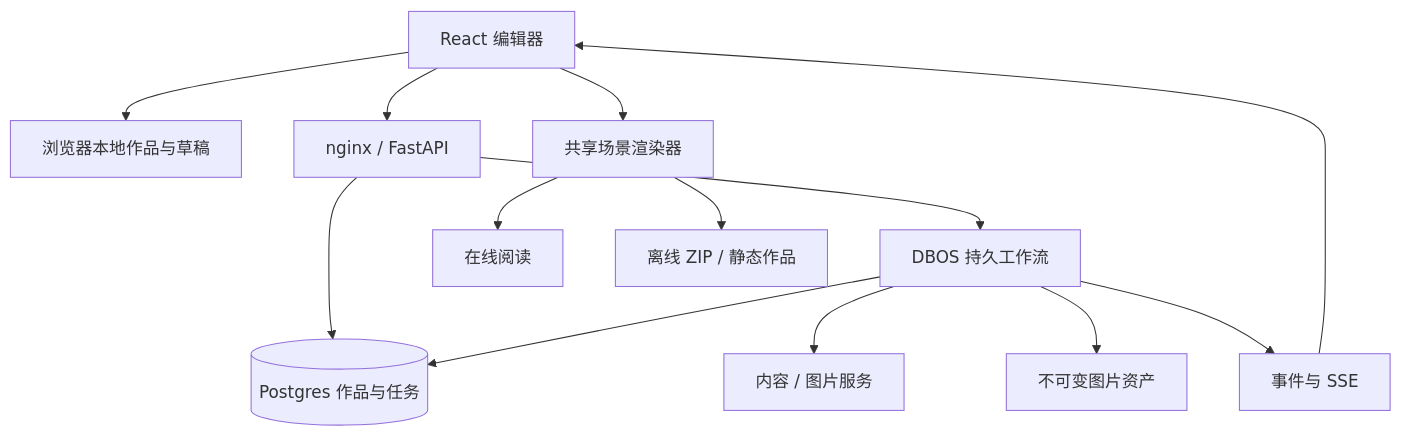
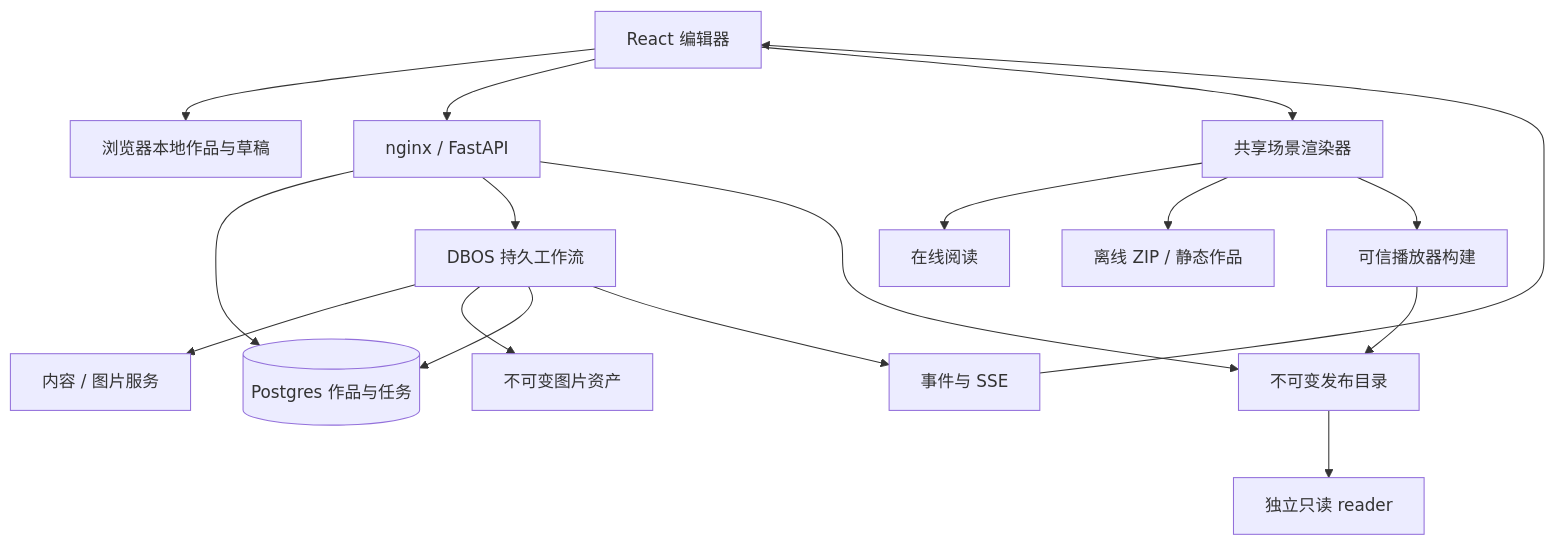
The diagram in docs/ARCHITECTURE.md (yyb9807/flipbook-builder), drawn with Mermaid before and after one commit. The commit also changed other lines of this file and 66 other files, not shown here.

````diff
--- a/docs/ARCHITECTURE.md
+++ b/docs/ARCHITECTURE.md
@@ -11,15 +12,19 @@
 ```mermaid
 flowchart TD
   Editor[React 编辑器] --> Local[浏览器本地作品与草稿]
   Editor --> API[nginx / FastAPI]
   API --> DB[(Postgres 作品与任务)]
   API --> Jobs[DBOS 持久工作流]
   Jobs --> Providers[内容 / 图片服务]
   Jobs --> Assets[不可变图片资产]
   Jobs --> DB
   Jobs --> Events[事件与 SSE]
   Events --> Editor
   Editor --> Renderer[共享场景渲染器]
   Renderer --> Viewer[在线阅读]
   Renderer --> Offline[离线 ZIP / 静态作品]
+  API --> Publications[不可变发布目录]
+  Renderer --> Runtime[可信播放器构建]
+  Runtime --> Publications
+  Publications --> Reader[独立只读 reader]
 ```
````
